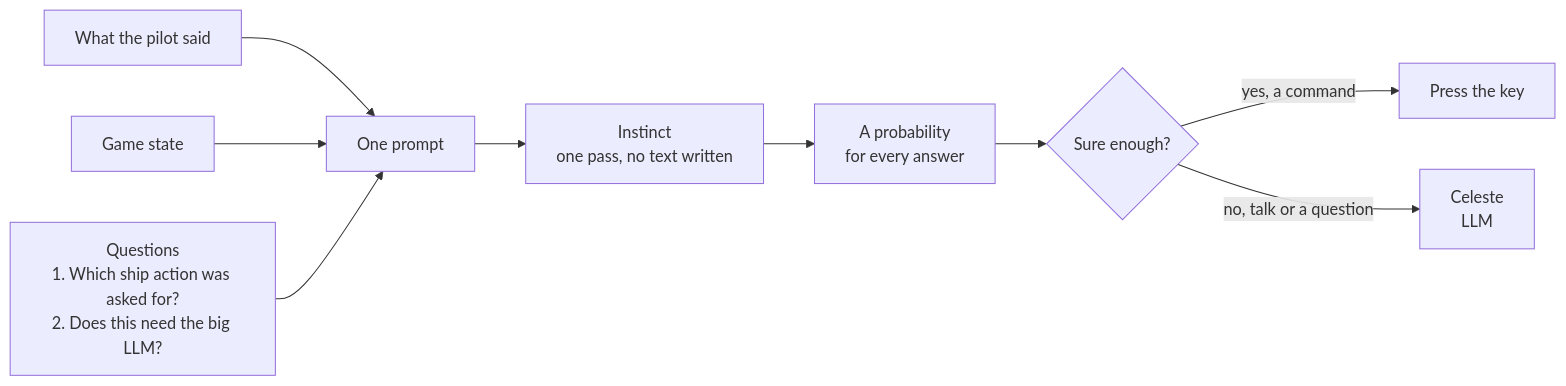
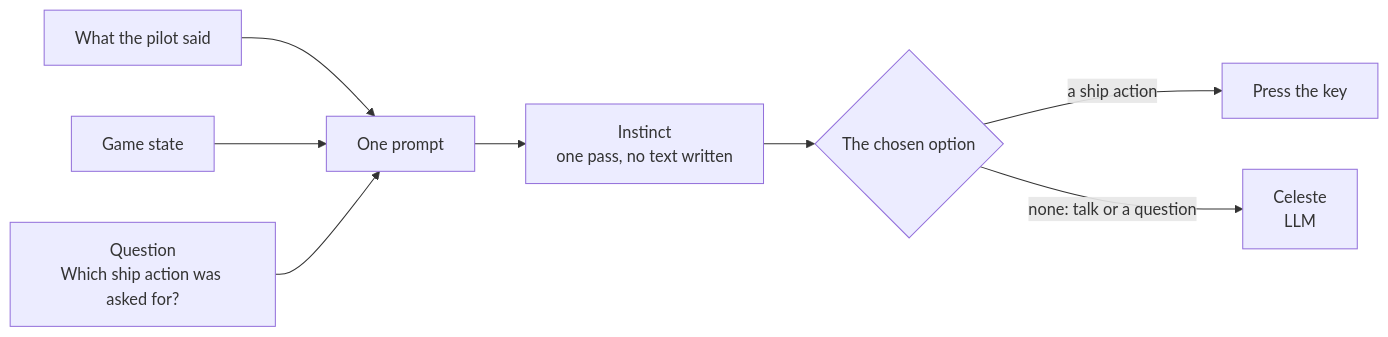
The third of 3 diagrams in README.md (IqSantiagow/EDCeleste), drawn with Mermaid before and after one commit. The commit also changed other lines of this file and 21 other files, not shown here.

````diff
--- a/README.md
+++ b/README.md
@@ -114,11 +114,10 @@
 ```mermaid
 flowchart LR
     Said["What the pilot said"] --> Prompt["One prompt"]
     State["Game state"] --> Prompt
-    Questions["Questions<br/>1. Which ship action was asked for?<br/>2. Does this need the big LLM?"] --> Prompt
+    Questions["Question<br/>Which ship action was asked for?"] --> Prompt
     Prompt --> Model["Instinct<br/>one pass, no text written"]
-    Model --> Odds["A probability<br/>for every answer"]
-    Odds --> Sure{"Sure enough?"}
-    Sure -- "yes, a command" --> Key["Press the key"]
-    Sure -- "no, talk or a question" --> Celeste["Celeste<br/>LLM"]
+    Model --> Choice{"The chosen option"}
+    Choice -- "a ship action" --> Key["Press the key"]
+    Choice -- "none: talk or a question" --> Celeste["Celeste<br/>LLM"]
 ```
````
